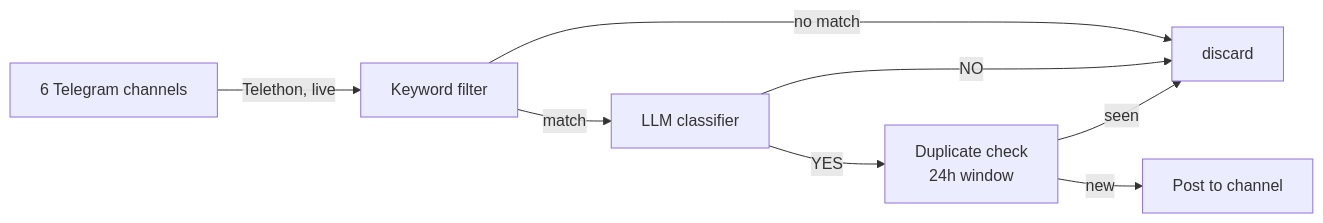
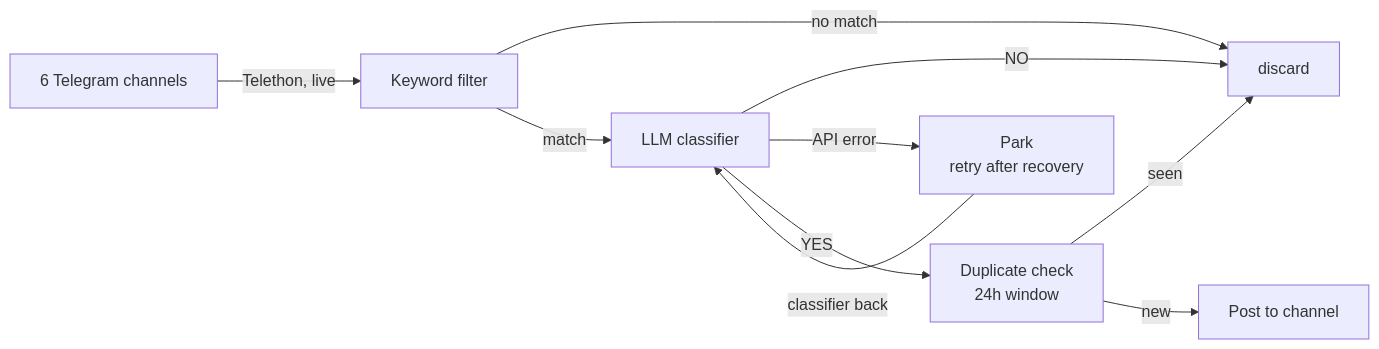
Before and after one commit to msesin/news-tracker: the diagram in README.md, drawn with Mermaid. The commit also changed other lines of this file and 4 other files, not shown here.

````diff
--- a/README.md
+++ b/README.md
@@ -12,10 +12,12 @@
 ```mermaid
 flowchart LR
     A[6 Telegram channels] -->|Telethon, live| B[Keyword filter]
     B -->|no match| X[discard]
     B -->|match| C[LLM classifier]
     C -->|NO| X
+    C -->|API error| P[Park<br/>retry after recovery]
+    P -->|classifier back| C
     C -->|YES| D[Duplicate check<br/>24h window]
     D -->|seen| X
     D -->|new| E[Post to channel]
 ```
````
